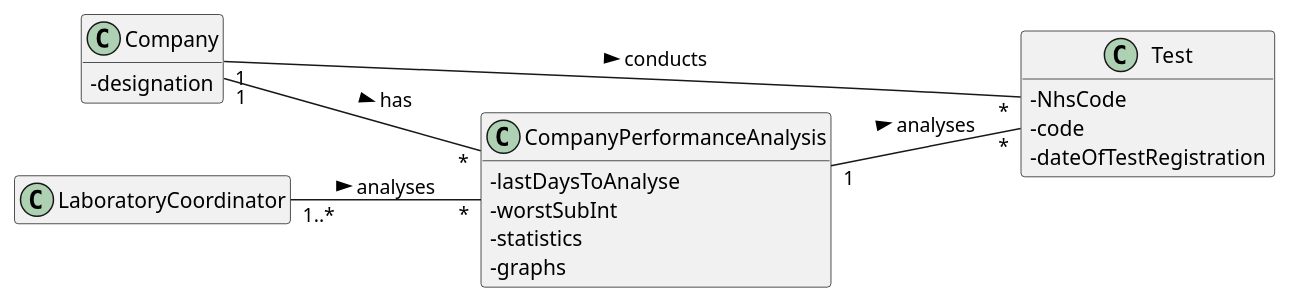
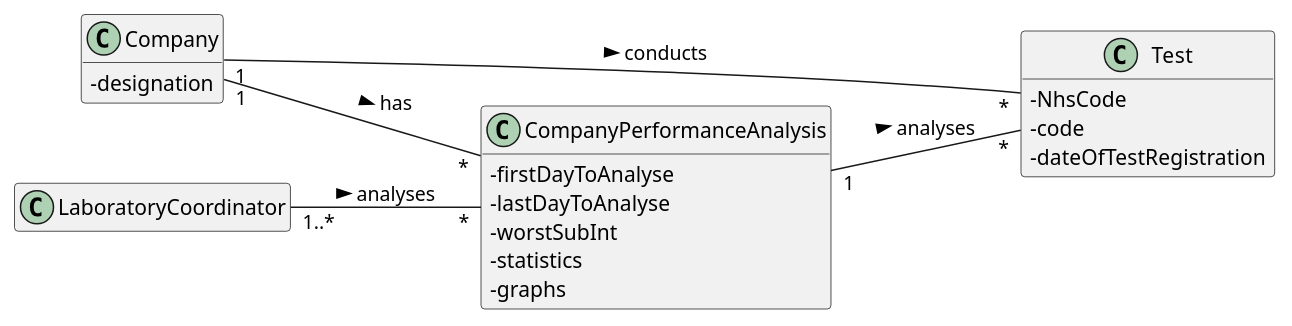
One commit to ana-albergaria/LAPR2-ISEP changed the diagram in docs/SprintD/US_16/US16_DM.puml. Above: the diagram before and after it, drawn with PlantUML. The commit also changed 2 other files, not shown here.

```diff
--- a/docs/SprintD/US_16/US16_DM.puml
+++ b/docs/SprintD/US_16/US16_DM.puml
@@ -1,33 +1,34 @@
 @startuml
 
 skinparam classAttributeIconSize 0
 hide empty methods
 hide empty attributes
 left to right direction
 
 class Company{
 - designation
 }
 
 class Test{
 - NhsCode
 - code
 - dateOfTestRegistration
 }
 
 class LaboratoryCoordinator{
 }
 
 class CompanyPerformanceAnalysis{
-- lastDaysToAnalyse
+- firstDayToAnalyse
+- lastDayToAnalyse
 - worstSubInt
 - statistics
 - graphs
 }
 
 Company "1" -- "*" Test : conducts >
 LaboratoryCoordinator "1..*" -- "*" CompanyPerformanceAnalysis : analyses >
 Company "1" -- "*" CompanyPerformanceAnalysis : has >
 CompanyPerformanceAnalysis "1" -- "*" Test : analyses >
 
 @enduml
```
